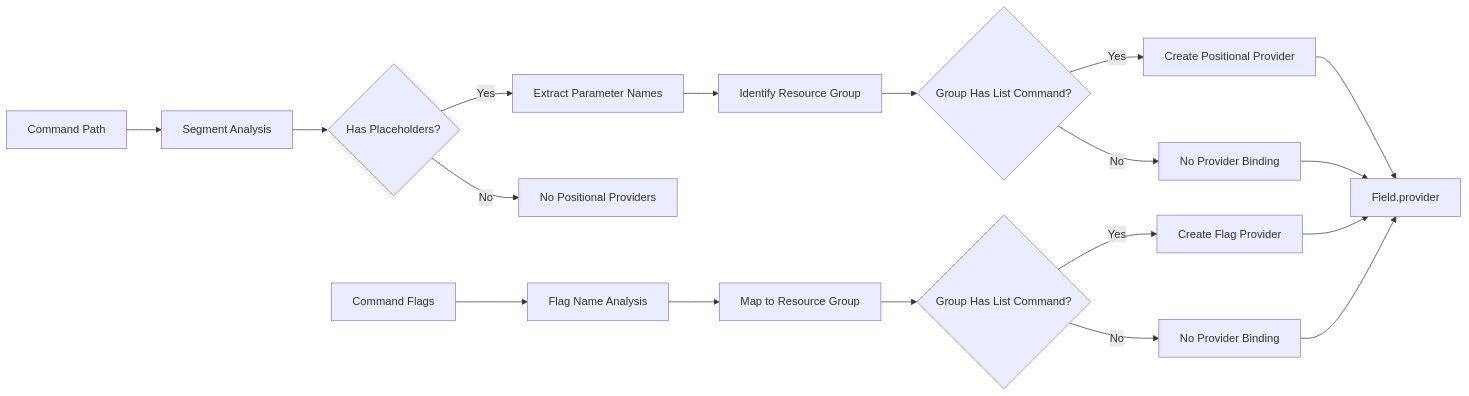
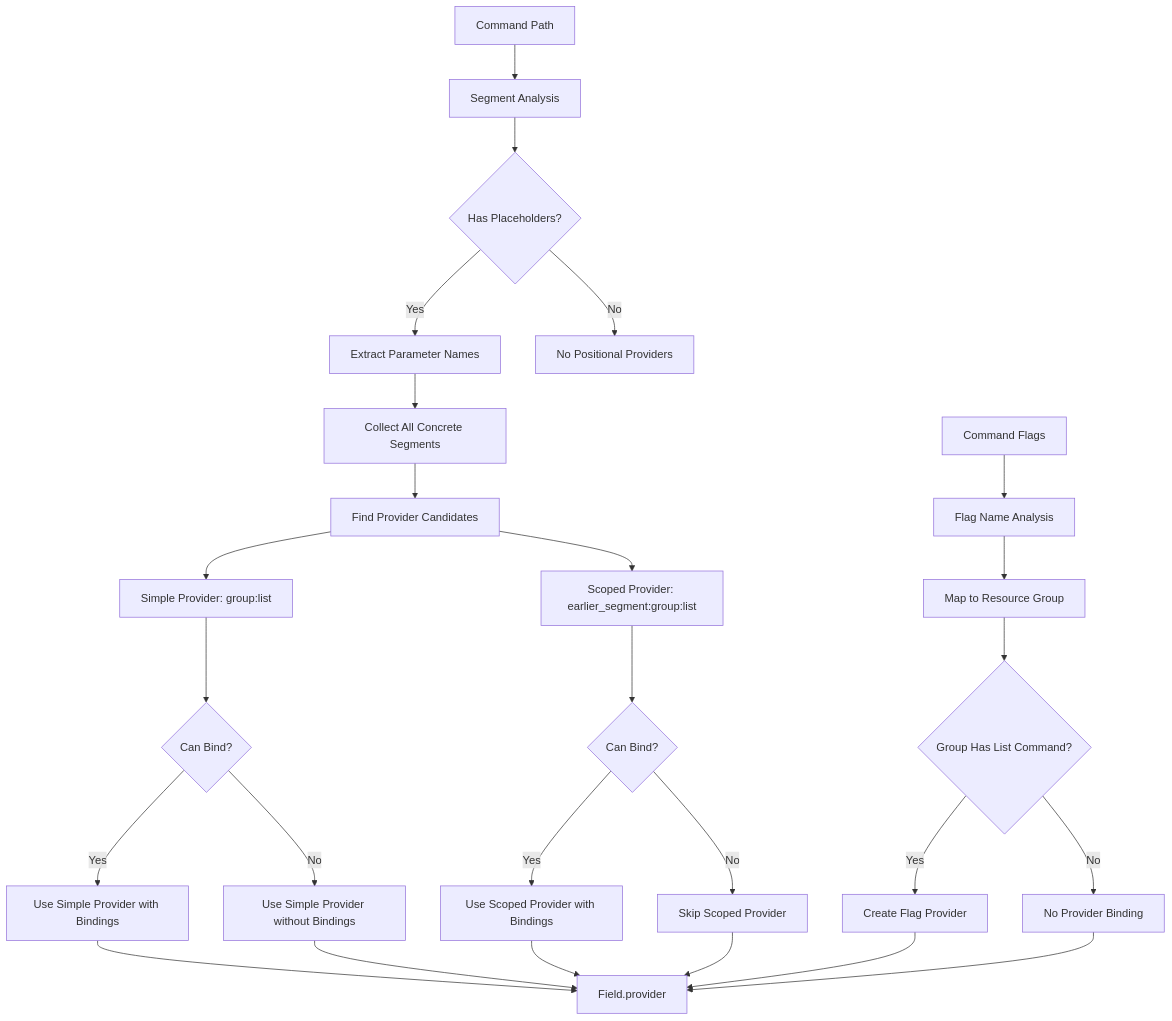
Before and after one commit to oattyio/oatty: the third of 3 diagrams in plans/VALUE_PROVIDER_REGISTRY.md, drawn with Mermaid. The commit also changed other lines of this file and 23 other files, not shown here.

Commit message:
feat: added positonal bindings for scoped value providers

````diff
--- a/plans/VALUE_PROVIDER_REGISTRY.md
+++ b/plans/VALUE_PROVIDER_REGISTRY.md
@@ -160,23 +144,34 @@
 ```mermaid
-graph LR
+graph TD
     A[Command Path] --> B[Segment Analysis]
     B --> C{Has Placeholders?}
     C -->|Yes| D[Extract Parameter Names]
     C -->|No| E[No Positional Providers]
     
-    D --> F[Identify Resource Group]
-    F --> G{Group Has List Command?}
-    G -->|Yes| H[Create Positional Provider]
-    G -->|No| I[No Provider Binding]
+    D --> F[Collect All Concrete Segments]
+    F --> G[Find Provider Candidates]
+    G --> H[Simple Provider: group:list]
+    G --> I[Scoped Provider: earlier_segment:group:list]
     
-    J[Command Flags] --> K[Flag Name Analysis]
-    K --> L[Map to Resource Group]
-    L --> M{Group Has List Command?}
-    M -->|Yes| N[Create Flag Provider]
-    M -->|No| O[No Provider Binding]
+    H --> J{Can Bind?}
+    I --> K{Can Bind?}
     
-    H --> P[Field.provider]
+    J -->|Yes| L[Use Simple Provider with Bindings]
+    J -->|No| M[Use Simple Provider without Bindings]
+    K -->|Yes| N[Use Scoped Provider with Bindings]
+    K -->|No| O[Skip Scoped Provider]
+    
+    L --> P[Field.provider]
     N --> P
-    I --> P
+    M --> P
     O --> P
+    
+    Q[Command Flags] --> R[Flag Name Analysis]
+    R --> S[Map to Resource Group]
+    S --> T{Group Has List Command?}
+    T -->|Yes| U[Create Flag Provider]
+    T -->|No| V[No Provider Binding]
+    
+    U --> P
+    V --> P
 ```
````
